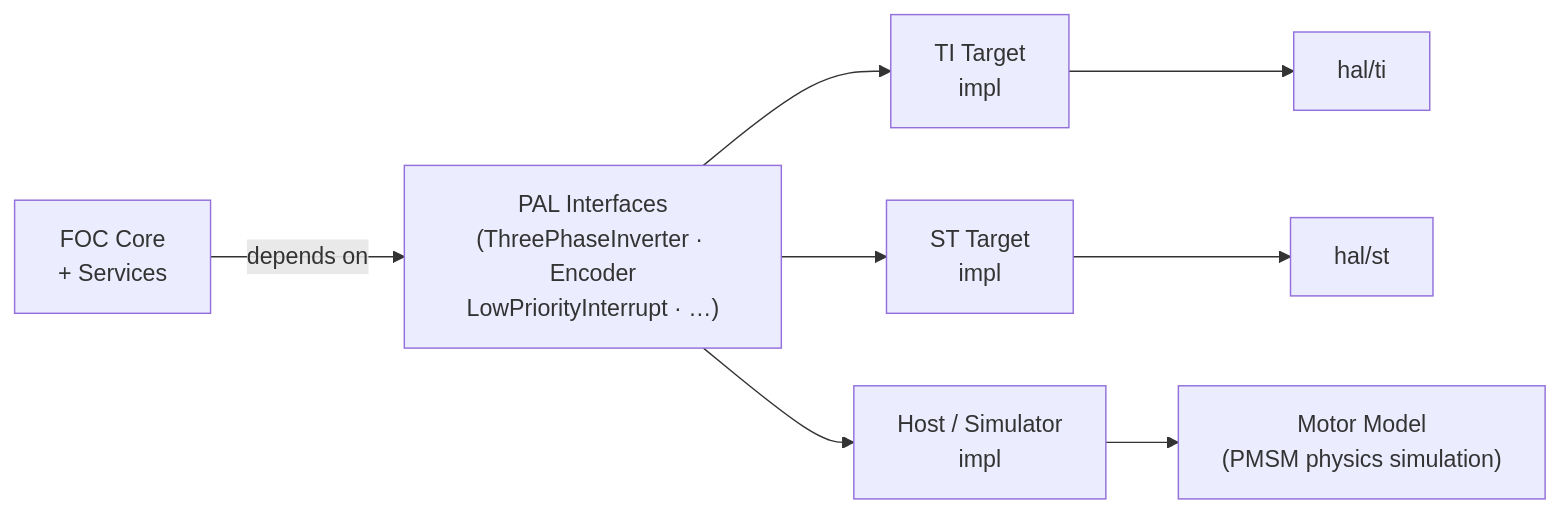
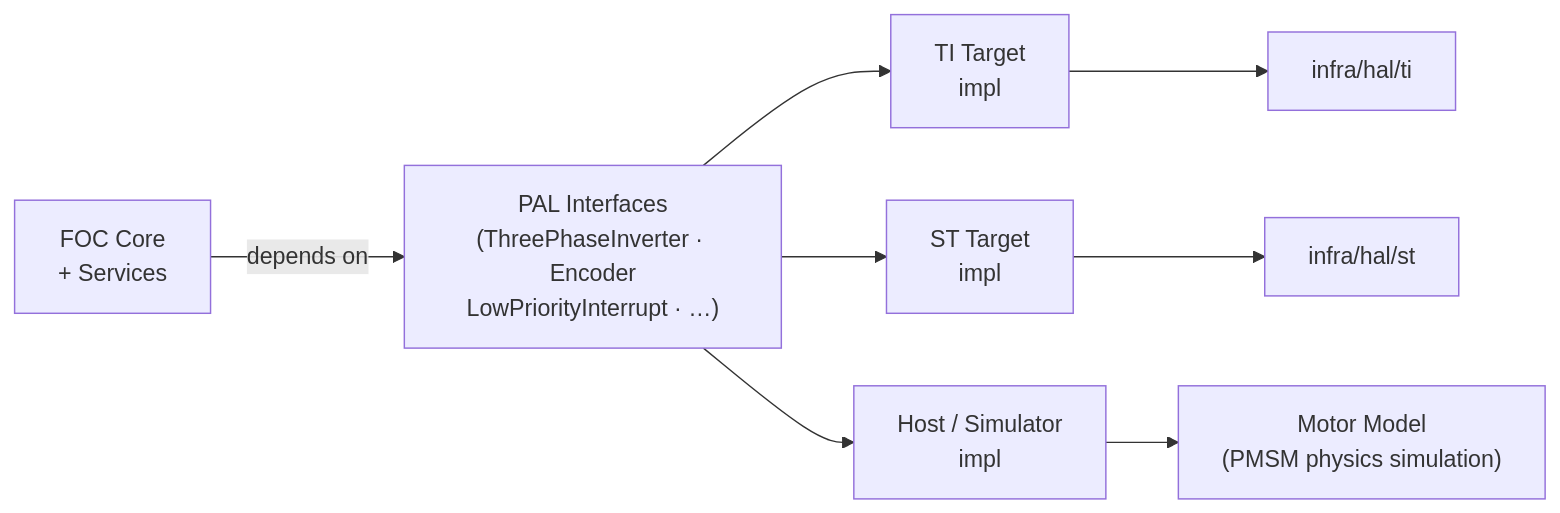
Before and after one commit to embedded-pro/e-foc: the third of 5 diagrams in documentation/architecture/system.md, drawn with Mermaid. The commit also changed other lines of this file and 234 other files, not shown here.

````diff
--- a/documentation/architecture/system.md
+++ b/documentation/architecture/system.md
@@ -157,10 +165,10 @@
 ```mermaid
 graph LR
     FOC_CORE["FOC Core\n+ Services"] -->|depends on| PAL_IF["PAL Interfaces\n(ThreePhaseInverter · Encoder\nLowPriorityInterrupt · …)"]
     PAL_IF --> TI["TI Target\nimpl"]
     PAL_IF --> ST["ST Target\nimpl"]
     PAL_IF --> HOST["Host / Simulator\nimpl"]
-    TI --> HAL_TI["hal/ti"]
-    ST --> HAL_ST["hal/st"]
+    TI --> HAL_TI["infra/hal/ti"]
+    ST --> HAL_ST["infra/hal/st"]
     HOST --> SIM_MODEL["Motor Model\n(PMSM physics simulation)"]
 ```
````
